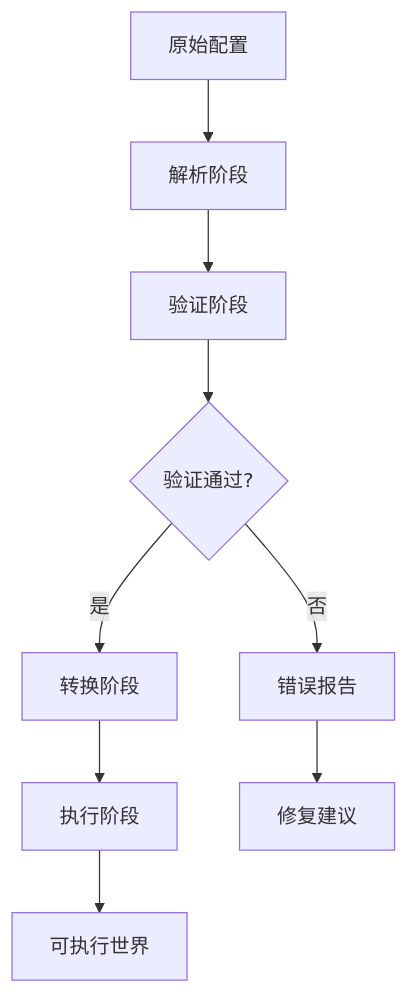
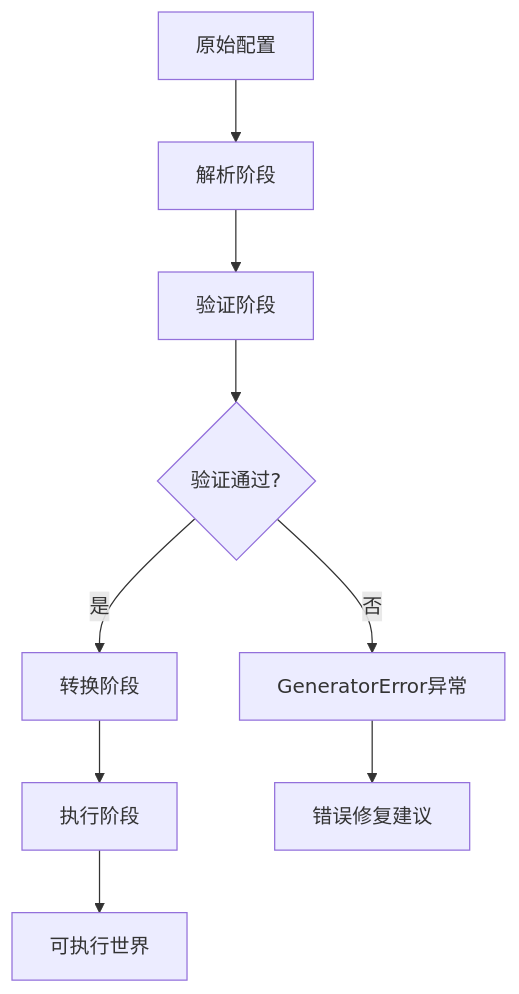
Before and after one commit to Ivandanslespace/thegreatnovel: the diagram in .qoder/repowiki/zh/content/世界编译器.md, drawn with Mermaid. The commit also changed other lines of this file and 55 other files, not shown here.

````diff
--- a/.qoder/repowiki/zh/content/世界编译器.md
+++ b/.qoder/repowiki/zh/content/世界编译器.md
@@ -138,11 +158,11 @@
 ```mermaid
 flowchart TD
 A[原始配置] --> B[解析阶段]
 B --> C[验证阶段]
 C --> D{验证通过?}
-D --> |否| E[错误报告]
+D --> |否| E[GeneratorError异常]
 D --> |是| F[转换阶段]
 F --> G[执行阶段]
 G --> H[可执行世界]
-E --> I[修复建议]
+E --> I[错误修复建议]
 ```
````
